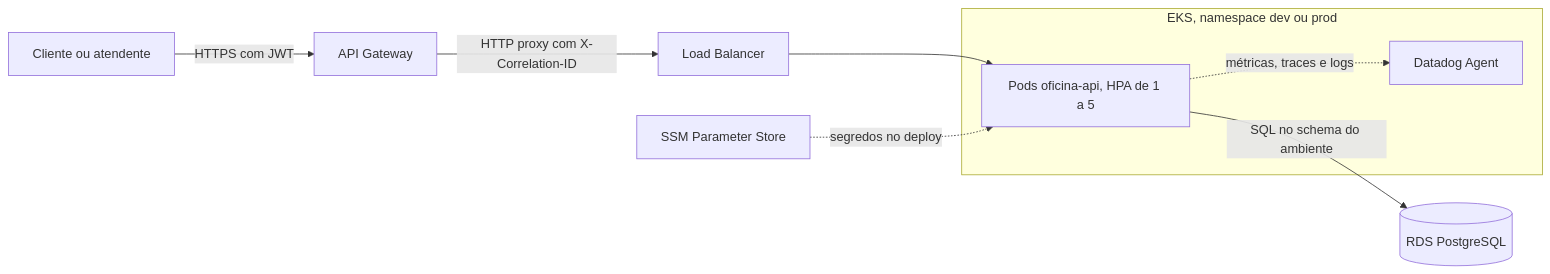
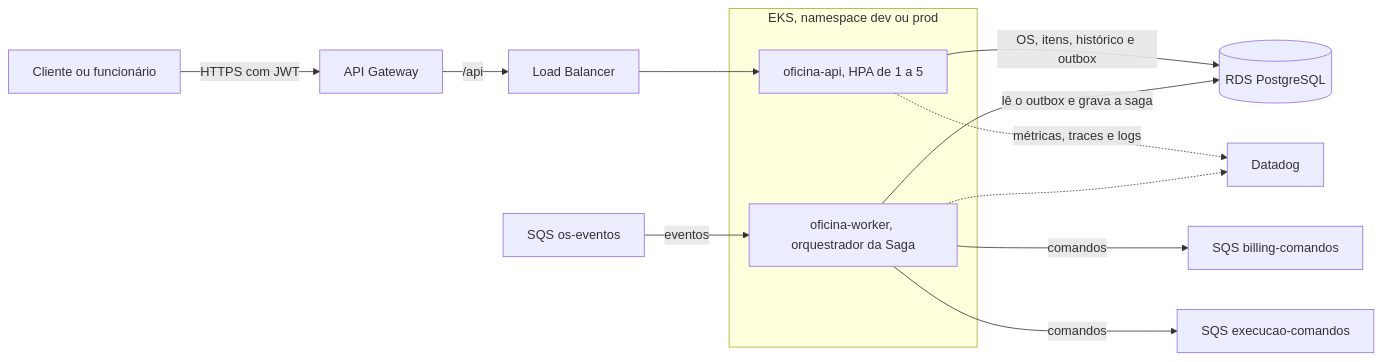
Before and after one commit to gabrielov2003/fiap_tech_challenge_oficina_api: the first of 2 diagrams in README.md, drawn with Mermaid. The commit also changed other lines of this file and 24 other files, not shown here.

Commit message:
transforma a api no os service orquestrador da saga com outbox, worker, sqs, testes bdd e cobertura

````diff
--- a/README.md
+++ b/README.md
@@ -15,13 +16,17 @@
 ```mermaid
 flowchart LR
-    U["Cliente ou atendente"] -->|"HTTPS com JWT"| GW["API Gateway"]
-    GW -->|"HTTP proxy com X-Correlation-ID"| LB["Load Balancer"]
+    U["Cliente ou funcionário"] -->|"HTTPS com JWT"| GW["API Gateway"]
+    GW -->|"/api"| LB["Load Balancer"]
     subgraph EKS["EKS, namespace dev ou prod"]
-        API["Pods oficina-api, HPA de 1 a 5"]
-        DD["Datadog Agent"]
+        API["oficina-api, HPA de 1 a 5"]
+        W["oficina-worker, orquestrador da Saga"]
     end
     LB --> API
-    API -->|"SQL no schema do ambiente"| RDS[("RDS PostgreSQL")]
-    API -.->|"métricas, traces e logs"| DD
-    SSM["SSM Parameter Store"] -.->|"segredos no deploy"| API
+    API -->|"OS, itens, histórico e outbox"| RDS[("RDS PostgreSQL")]
+    W -->|"lê o outbox e grava a saga"| RDS
+    W -->|"comandos"| QB["SQS billing-comandos"]
+    W -->|"comandos"| QE["SQS execucao-comandos"]
+    QO["SQS os-eventos"] -->|"eventos"| W
+    API -.->|"métricas, traces e logs"| DD["Datadog"]
+    W -.-> DD
 ```
````
